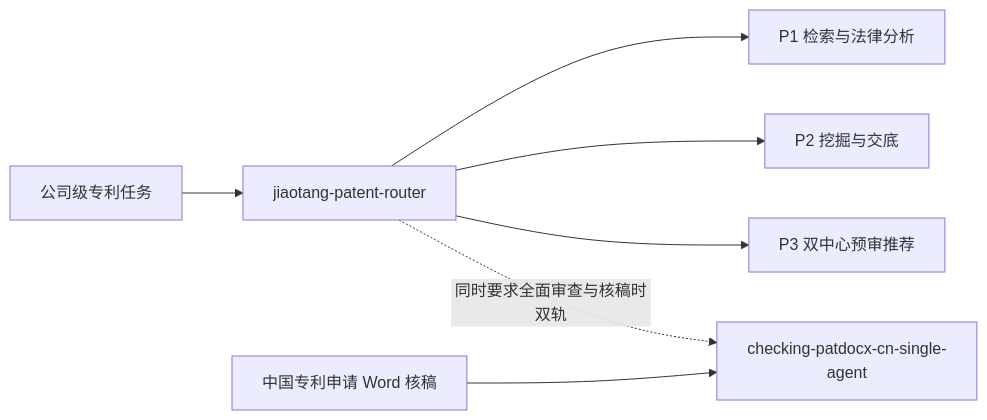
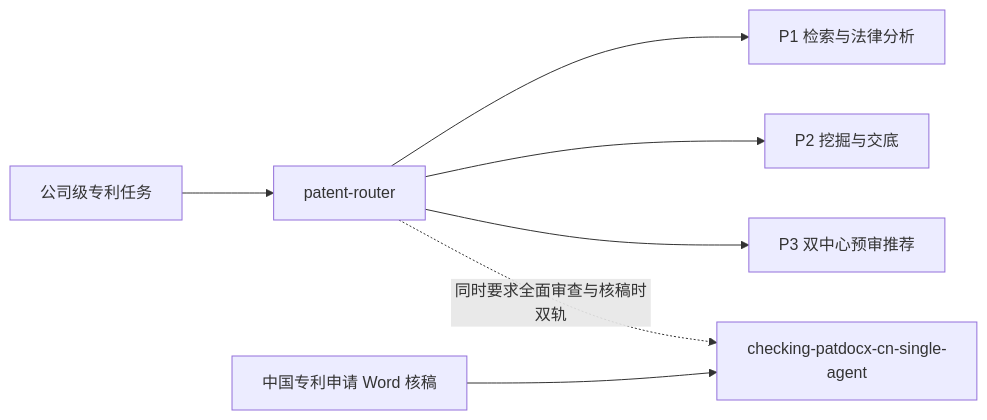
Before and after one commit to sakuruamayday-ops/project-application-assistant: the second of 2 diagrams in docs/provenance/v1.1-skill-call-audit.md, drawn with Mermaid. The commit also changed other lines of this file and 494 other files, not shown here.

````diff
--- a/docs/provenance/v1.1-skill-call-audit.md
+++ b/docs/provenance/v1.1-skill-call-audit.md
@@ -36,9 +36,9 @@
 ```mermaid
 flowchart LR
-  U[公司级专利任务] --> ROUTER[jiaotang-patent-router]
+  U[公司级专利任务] --> ROUTER[patent-router]
   ROUTER --> P1[P1 检索与法律分析]
   ROUTER --> P2[P2 挖掘与交底]
   ROUTER --> P3[P3 双中心预审推荐]
   D[中国专利申请 Word 核稿] --> CHECK[checking-patdocx-cn-single-agent]
   ROUTER -. 同时要求全面审查与核稿时双轨 .-> CHECK
 ```
````
